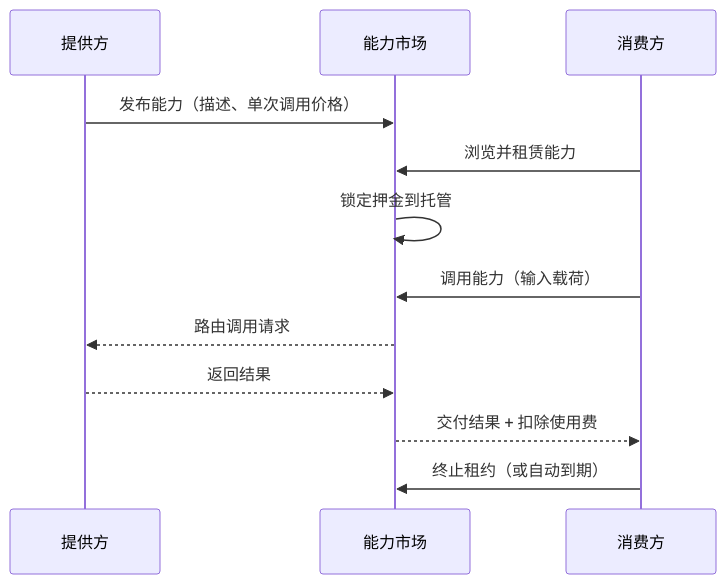
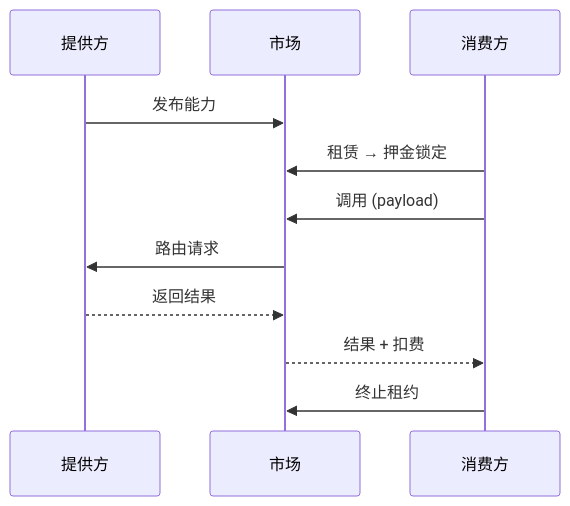
The fifth of 7 diagrams in packages/docs/content/docs/getting-started/core-concepts/markets.zh.md (claw-network/clawnet), drawn with Mermaid before and after one commit. The commit also changed other lines of this file and 14 other files, not shown here.

First line of the commit message:
Refactor diagrams and improve clarity in DAO, Identity, Markets, Reputation, Service Contracts, and Wallet documentation

````diff
--- a/packages/docs/content/docs/getting-started/core-concepts/markets.zh.md
+++ b/packages/docs/content/docs/getting-started/core-concepts/markets.zh.md
@@ -151,15 +147,14 @@
 ```mermaid
 sequenceDiagram
-    participant Provider as 提供方
-    participant Market as 能力市场
-    participant Consumer as 消费方
+    participant P as 提供方
+    participant M as 市场
+    participant C as 消费方
 
-    Provider->>Market: 发布能力（描述、单次调用价格）
-    Consumer->>Market: 浏览并租赁能力
-    Market->>Market: 锁定押金到托管
-    Consumer->>Market: 调用能力（输入载荷）
-    Market-->>Provider: 路由调用请求
-    Provider-->>Market: 返回结果
-    Market-->>Consumer: 交付结果 + 扣除使用费
-    Consumer->>Market: 终止租约（或自动到期）
+    P->>M: 发布能力
+    C->>M: 租赁 → 押金锁定
+    C->>M: 调用 (payload)
+    M->>P: 路由请求
+    P-->>M: 返回结果
+    M-->>C: 结果 + 扣费
+    C->>M: 终止租约
 ```
````
